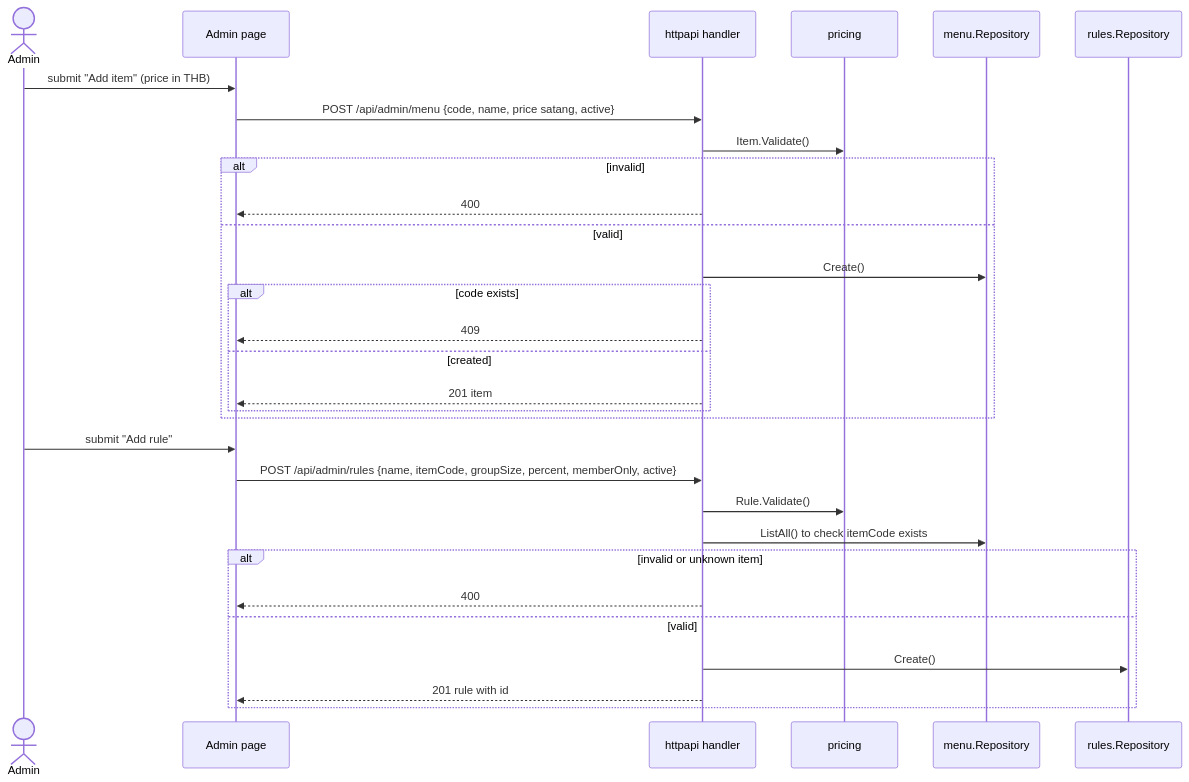
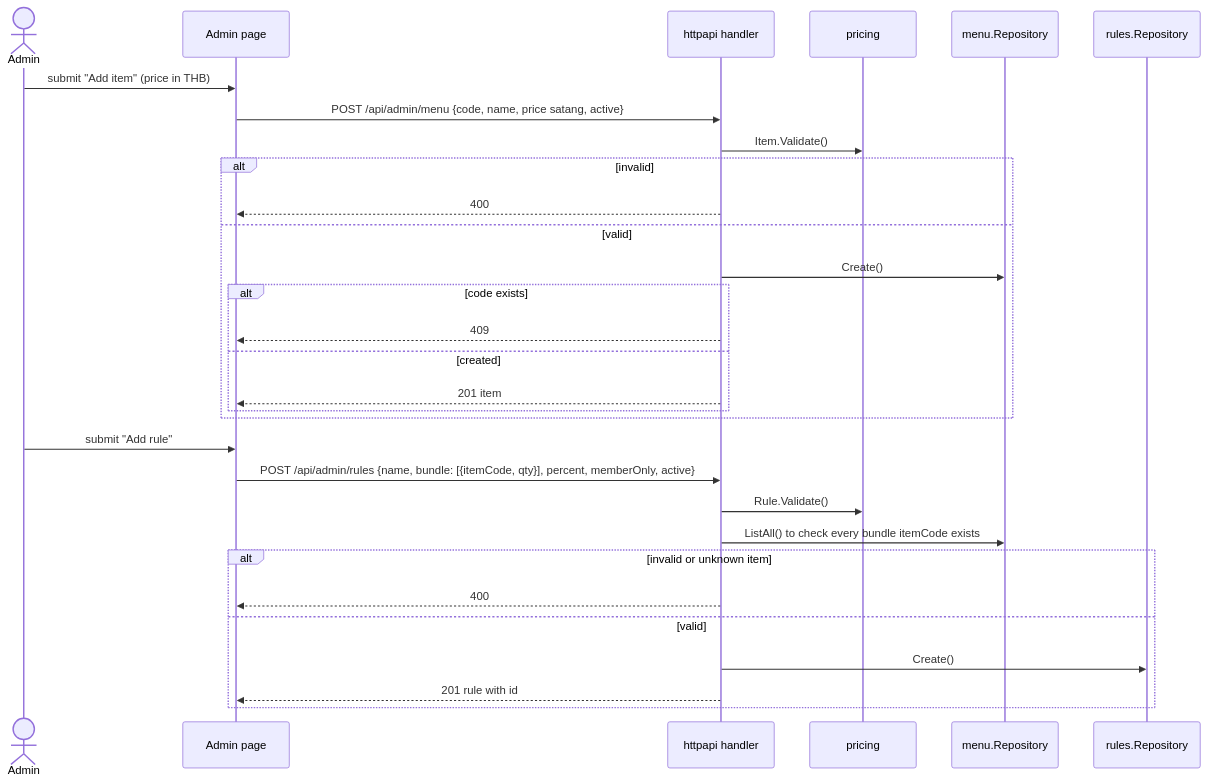
One commit to Gravizz/freshket changed the fourth of 8 diagrams in docs/ARCHITECTURE.md. Above: the diagram before and after it, drawn with Mermaid. The commit also changed other lines of this file and 3 other files, not shown here.

````diff
--- a/docs/ARCHITECTURE.md
+++ b/docs/ARCHITECTURE.md
@@ -132,34 +137,34 @@
 ```mermaid
 sequenceDiagram
     actor A as Admin
     participant UI as Admin page
     participant H as httpapi handler
     participant P as pricing
     participant M as menu.Repository
     participant R as rules.Repository
 
     A->>UI: submit "Add item" (price in THB)
     UI->>H: POST /api/admin/menu {code, name, price satang, active}
     H->>P: Item.Validate()
     alt invalid
         H-->>UI: 400
     else valid
         H->>M: Create()
         alt code exists
             H-->>UI: 409
         else created
             H-->>UI: 201 item
         end
     end
 
     A->>UI: submit "Add rule"
-    UI->>H: POST /api/admin/rules {name, itemCode, groupSize, percent, memberOnly, active}
+    UI->>H: POST /api/admin/rules {name, bundle: [{itemCode, qty}], percent, memberOnly, active}
     H->>P: Rule.Validate()
-    H->>M: ListAll() to check itemCode exists
+    H->>M: ListAll() to check every bundle itemCode exists
     alt invalid or unknown item
         H-->>UI: 400
     else valid
         H->>R: Create()
         H-->>UI: 201 rule with id
     end
 ```
````
